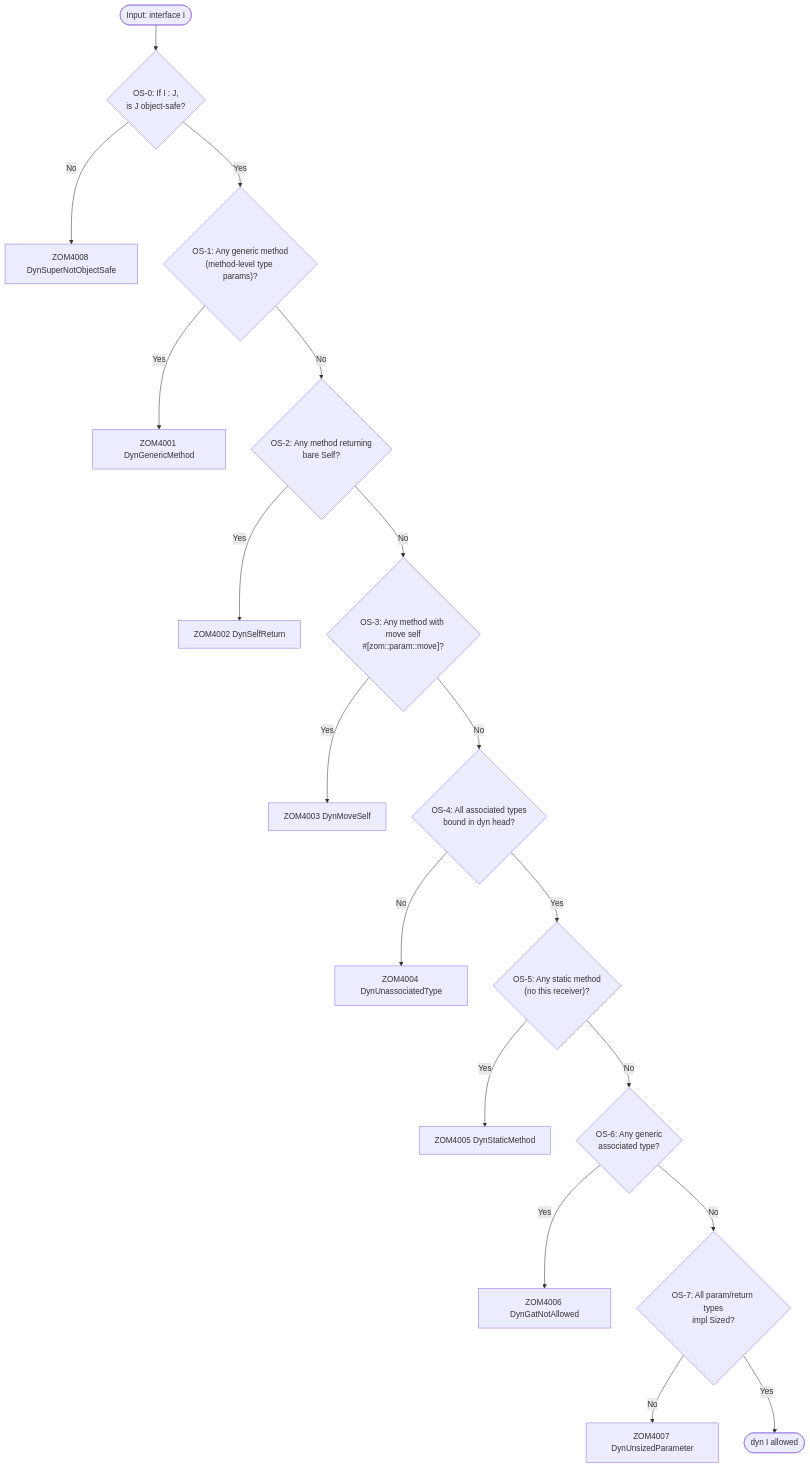
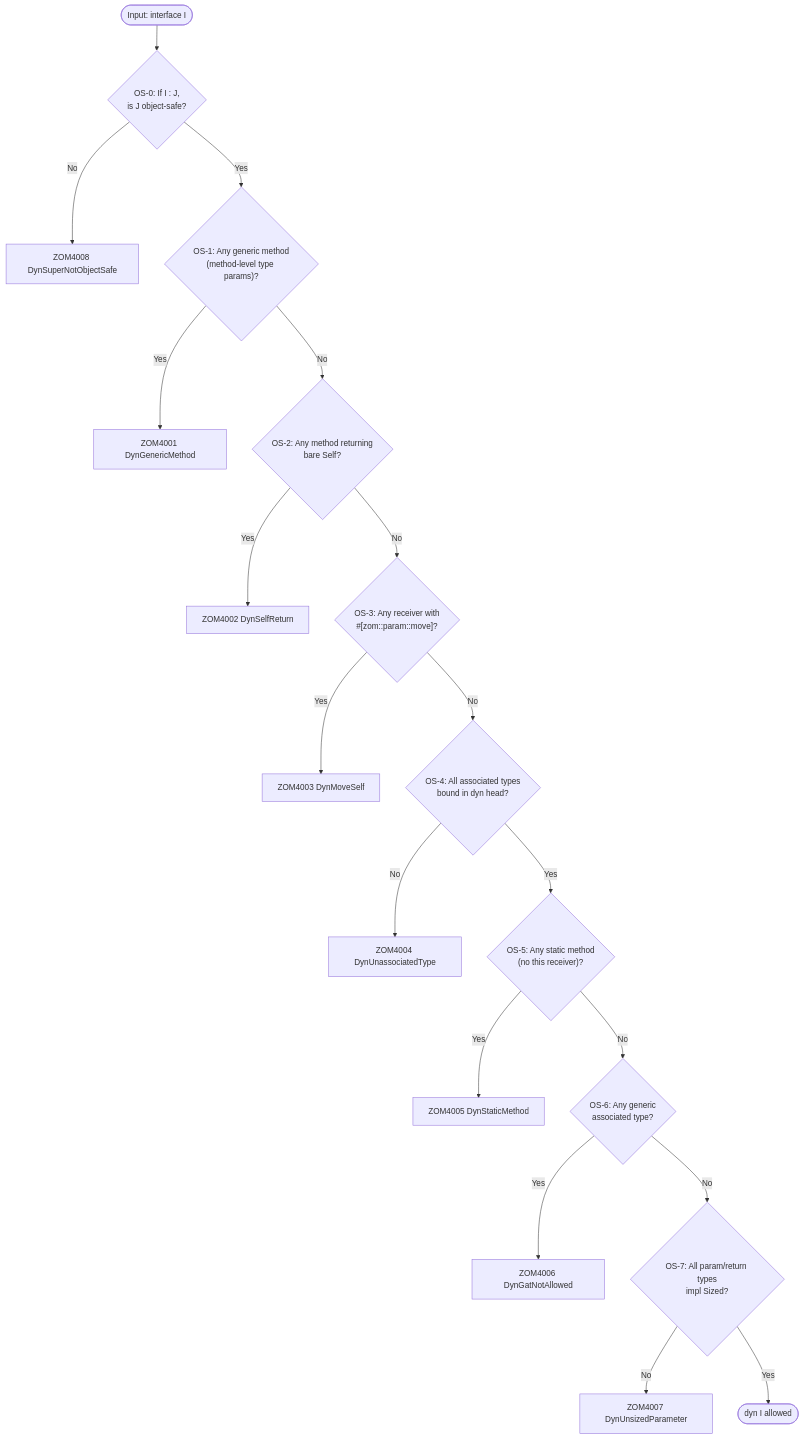
The second of 2 diagrams in docs/spec/chapters/09-interfaces.md (Zzzode/ZOM), drawn with Mermaid before and after one commit. The commit also changed other lines of this file and 20 other files, not shown here.

````diff
--- a/docs/spec/chapters/09-interfaces.md
+++ b/docs/spec/chapters/09-interfaces.md
@@ -349,20 +352,20 @@
 ```mermaid
 flowchart TD
     Start([Input: interface I]) --> OS0{"OS-0: If I : J,<br/>is J object-safe?"}
     OS0 -->|No| E0[ZOM4008 DynSuperNotObjectSafe]
     OS0 -->|Yes| OS1{"OS-1: Any generic method<br/>(method-level type params)?"}
     OS1 -->|Yes| E1[ZOM4001 DynGenericMethod]
     OS1 -->|No| OS2{"OS-2: Any method returning<br/>bare Self?"}
     OS2 -->|Yes| E2[ZOM4002 DynSelfReturn]
-    OS2 -->|No| OS3{"OS-3: Any method with move self<br/>#[zom::param::move]?"}
+    OS2 -->|No| OS3{"OS-3: Any receiver with<br/>#[zom::param::move]?"}
     OS3 -->|Yes| E3[ZOM4003 DynMoveSelf]
     OS3 -->|No| OS4{"OS-4: All associated types<br/>bound in dyn head?"}
     OS4 -->|No| E4[ZOM4004 DynUnassociatedType]
     OS4 -->|Yes| OS5{"OS-5: Any static method<br/>(no this receiver)?"}
     OS5 -->|Yes| E5[ZOM4005 DynStaticMethod]
     OS5 -->|No| OS6{"OS-6: Any generic<br/>associated type?"}
     OS6 -->|Yes| E6[ZOM4006 DynGatNotAllowed]
     OS6 -->|No| OS7{"OS-7: All param/return types<br/>impl Sized?"}
     OS7 -->|No| E7[ZOM4007 DynUnsizedParameter]
     OS7 -->|Yes| OK([dyn I allowed])
 ```
````
